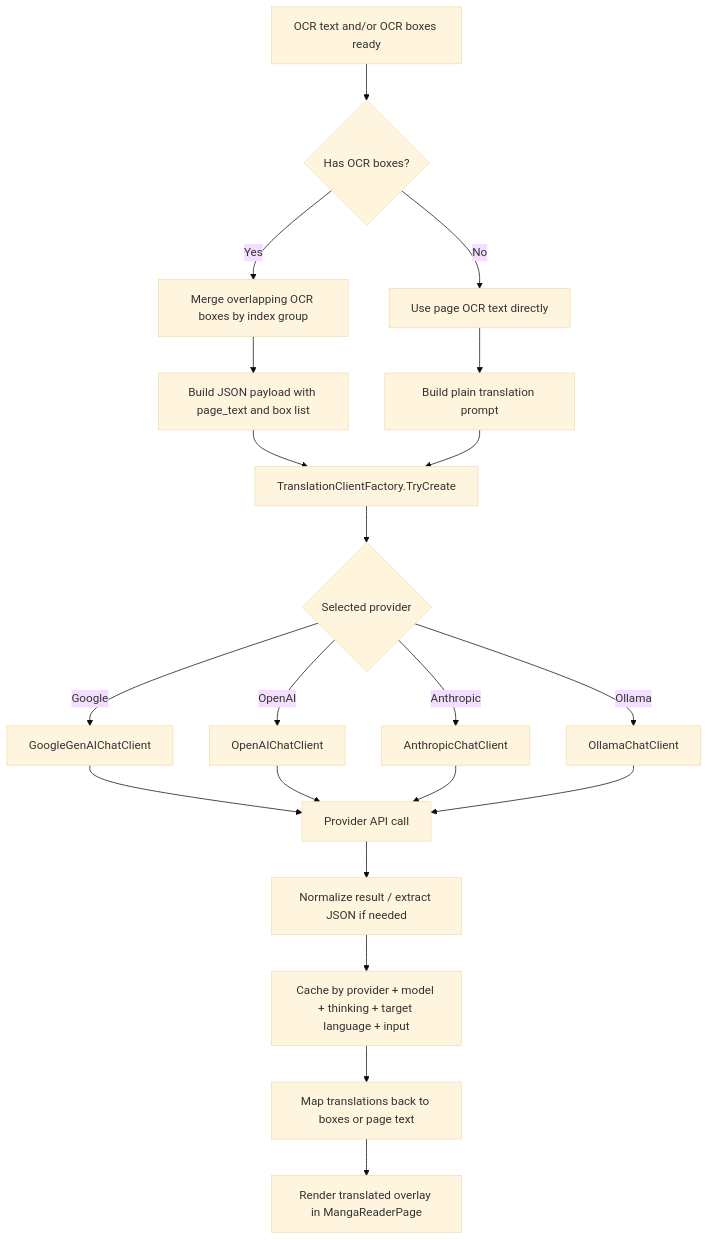
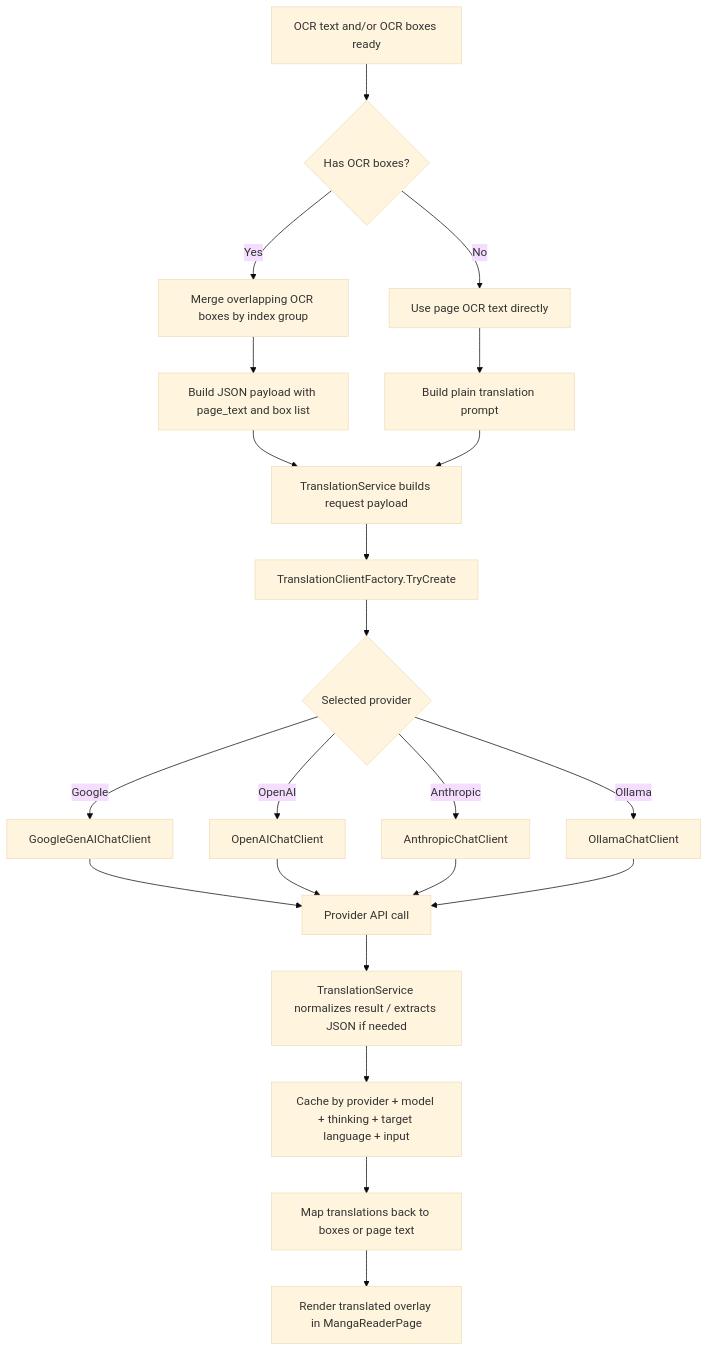
The second of 2 diagrams in README.md (resc863/MangaViewer), drawn with Mermaid (base theme) before and after one commit. The commit also changed other lines of this file and 15 other files, not shown here.

````diff
--- a/README.md
+++ b/README.md
@@ -158,28 +162,29 @@
 ```mermaid
 flowchart TD
     A[OCR text and/or OCR boxes ready] --> B{Has OCR boxes?}
     B -->|Yes| C[Merge overlapping OCR boxes by index group]
     B -->|No| D[Use page OCR text directly]
 
     C --> E[Build JSON payload with page_text and box list]
     D --> F[Build plain translation prompt]
 
-    E --> G[TranslationClientFactory.TryCreate]
+    E --> G[TranslationService builds request payload]
     F --> G
 
-    G --> H{Selected provider}
-    H -->|Google| I[GoogleGenAIChatClient]
-    H -->|OpenAI| J[OpenAIChatClient]
-    H -->|Anthropic| K[AnthropicChatClient]
-    H -->|Ollama| L[OllamaChatClient]
+    G --> H[TranslationClientFactory.TryCreate]
+    H --> I{Selected provider}
+    I -->|Google| J[GoogleGenAIChatClient]
+    I -->|OpenAI| K[OpenAIChatClient]
+    I -->|Anthropic| L[AnthropicChatClient]
+    I -->|Ollama| M[OllamaChatClient]
 
-    I --> M[Provider API call]
-    J --> M
-    K --> M
-    L --> M
+    J --> N[Provider API call]
+    K --> N
+    L --> N
+    M --> N
 
-    M --> N[Normalize result / extract JSON if needed]
-    N --> O[Cache by provider + model + thinking + target language + input]
-    O --> P[Map translations back to boxes or page text]
-    P --> Q[Render translated overlay in MangaReaderPage]
+    N --> O[TranslationService normalizes result / extracts JSON if needed]
+    O --> P[Cache by provider + model + thinking + target language + input]
+    P --> Q[Map translations back to boxes or page text]
+    Q --> R[Render translated overlay in MangaReaderPage]
 ```
````
